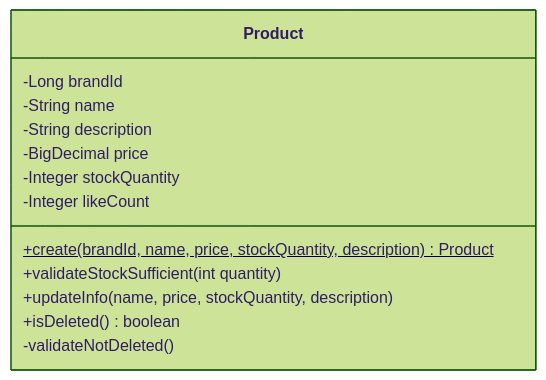
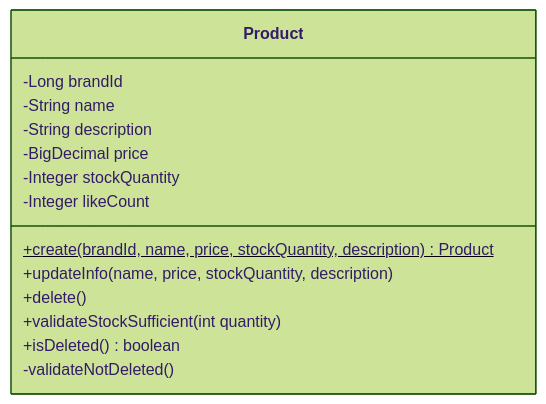
Before and after one commit to Loopers-dev-lab/loop-pack-be-l2-vol3-java: the diagram in docs/design/product/class-diagram.md, drawn with Mermaid (forest theme). The commit also changed 6 other files, not shown here.

````diff
--- a/docs/design/product/class-diagram.md
+++ b/docs/design/product/class-diagram.md
@@ -8,16 +8,17 @@
 ```mermaid
 classDiagram
     class Product {
         -Long brandId
         -String name
         -String description
         -BigDecimal price
         -Integer stockQuantity
         -Integer likeCount
         +create(brandId, name, price, stockQuantity, description)$ Product
+        +updateInfo(name, price, stockQuantity, description)
+        +delete()
         +validateStockSufficient(int quantity)
-        +updateInfo(name, price, stockQuantity, description)
         +isDeleted() boolean
         -validateNotDeleted()
     }
 ```
````
